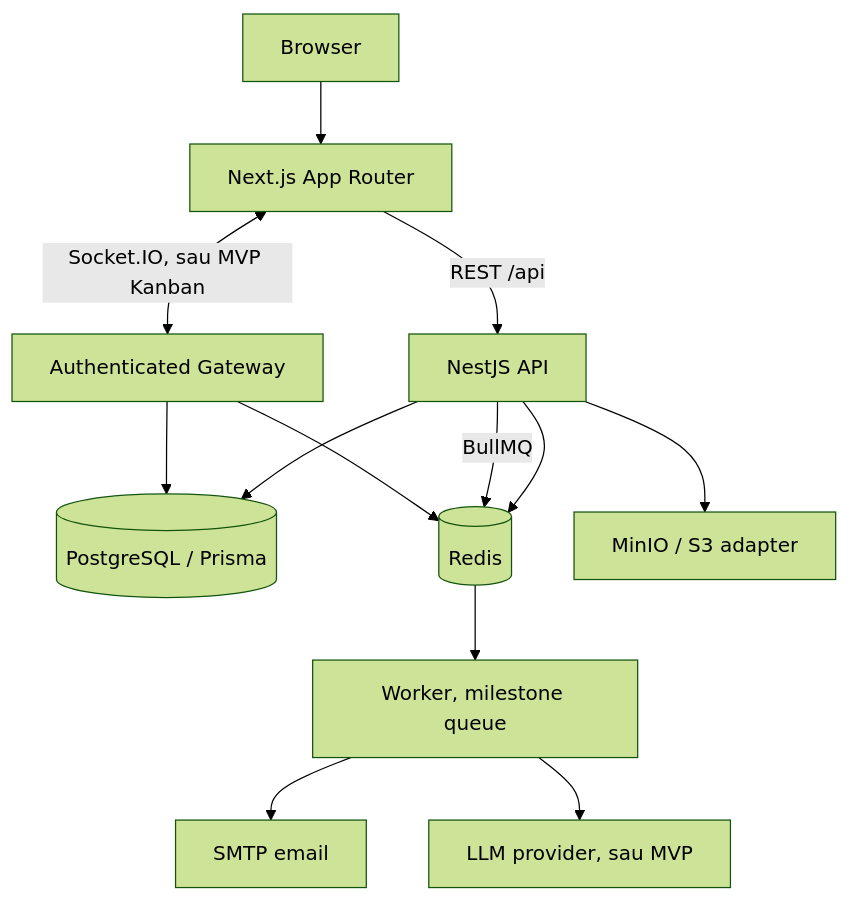
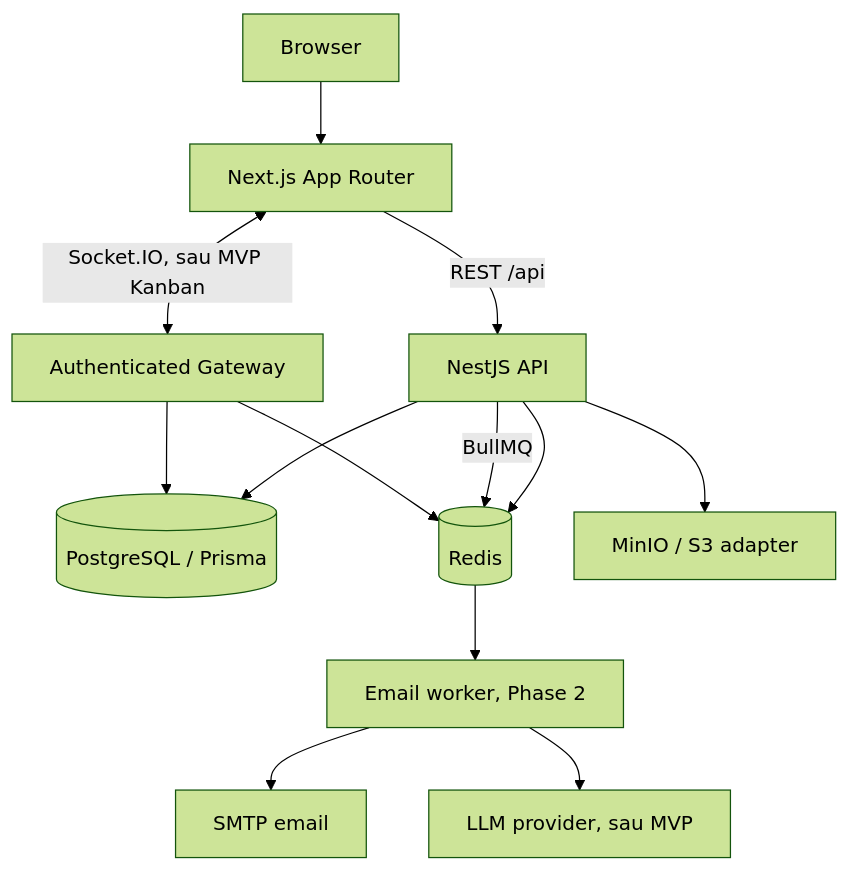
The diagram in docs/architecture.md (itzBaowy/FlowSync), drawn with Mermaid (forest theme) before and after one commit. The commit also changed other lines of this file and 12 other files, not shown here.

Commit message:
docs(phase2): record organization delivery and verified Docker flows

````diff
--- a/docs/architecture.md
+++ b/docs/architecture.md
@@ -7,15 +7,15 @@
 ```mermaid
 flowchart TD
   Browser --> Web[Next.js App Router]
   Web -->|REST /api| API[NestJS API]
   Web <-->|Socket.IO, sau MVP Kanban| Gateway[Authenticated Gateway]
   API --> DB[(PostgreSQL / Prisma)]
   API --> Redis[(Redis)]
   API --> Storage[MinIO / S3 adapter]
   API -->|BullMQ| Redis
-  Redis --> Worker[Worker, milestone queue]
+  Redis --> Worker[Email worker, Phase 2]
   Worker --> SMTP[SMTP email]
   Worker --> AI[LLM provider, sau MVP]
   Gateway --> Redis
   Gateway --> DB
 ```
````
